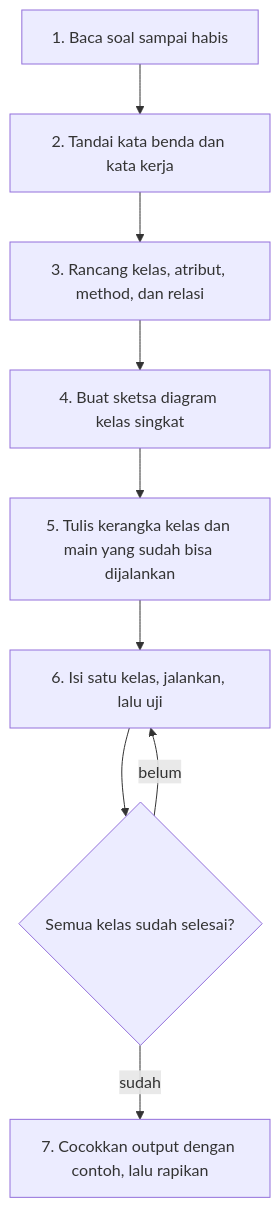
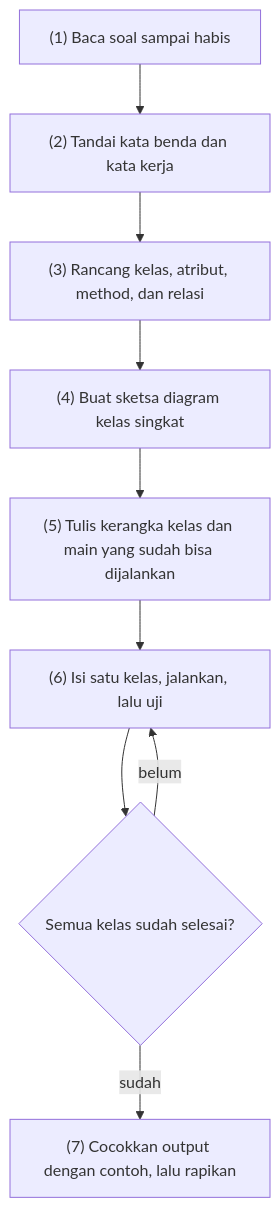
One commit to antonprafanto/PBO2026 changed the third of 3 diagrams in Pertemuan-08-UTS/README.md. Above: the diagram before and after it, drawn with Mermaid. The commit also changed other lines of this file and 291 other files, not shown here.

````diff
--- a/Pertemuan-08-UTS/README.md
+++ b/Pertemuan-08-UTS/README.md
@@ -393,11 +397,11 @@
 ```mermaid
 flowchart TD
-    A["1. Baca soal sampai habis"] --> B["2. Tandai kata benda dan kata kerja"]
-    B --> C["3. Rancang kelas, atribut, method, dan relasi"]
-    C --> D["4. Buat sketsa diagram kelas singkat"]
-    D --> E["5. Tulis kerangka kelas dan main yang sudah bisa dijalankan"]
-    E --> F["6. Isi satu kelas, jalankan, lalu uji"]
+    A["(1) Baca soal sampai habis"] --> B["(2) Tandai kata benda dan kata kerja"]
+    B --> C["(3) Rancang kelas, atribut, method, dan relasi"]
+    C --> D["(4) Buat sketsa diagram kelas singkat"]
+    D --> E["(5) Tulis kerangka kelas dan main yang sudah bisa dijalankan"]
+    E --> F["(6) Isi satu kelas, jalankan, lalu uji"]
     F --> G{"Semua kelas sudah selesai?"}
     G -->|"belum"| F
-    G -->|"sudah"| H["7. Cocokkan output dengan contoh, lalu rapikan"]
+    G -->|"sudah"| H["(7) Cocokkan output dengan contoh, lalu rapikan"]
 ```
````
